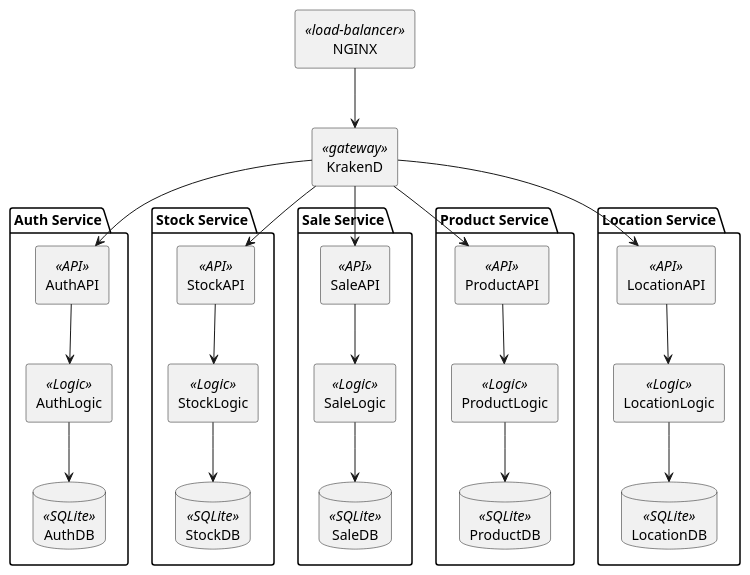
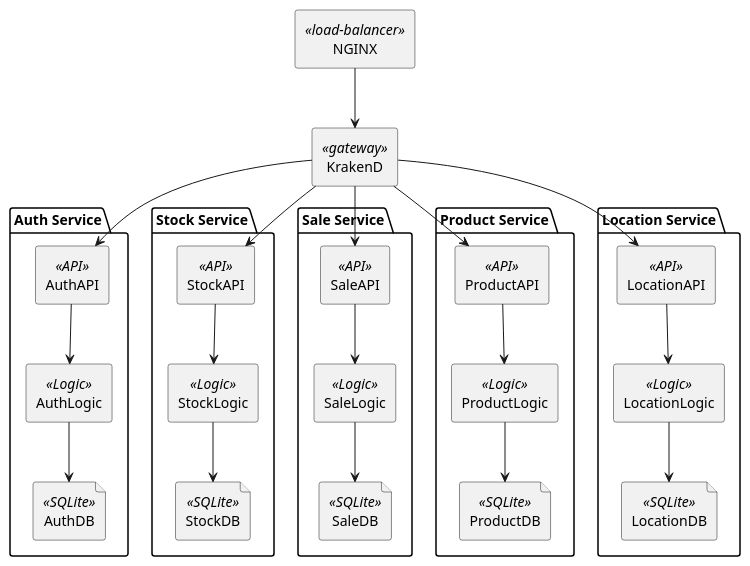
Before and after one commit to LawrenceLiang02/LOG430_ETAPE1: the diagram in docs/UML/lab5/architecture.puml, drawn with PlantUML. The commit also changed 6 other files, not shown here.

```diff
--- a/docs/UML/lab5/architecture.puml
+++ b/docs/UML/lab5/architecture.puml
@@ -1,60 +1,60 @@
 @startuml architecture
 skinparam componentStyle rectangle
 skinparam shadowing false
 
 [NGINX] <<load-balancer>>
 [KrakenD] <<gateway>>
 
 [NGINX] --> [KrakenD]
 
 package "Auth Service" {
     component AuthAPI <<API>>
     component AuthLogic <<Logic>>
-    database AuthDB <<SQLite>>
+    file AuthDB <<SQLite>>
 
     AuthAPI --> AuthLogic
     AuthLogic --> AuthDB
     [KrakenD] --> AuthAPI
 }
 
 package "Stock Service" {
     component StockAPI <<API>>
     component StockLogic <<Logic>>
-    database StockDB <<SQLite>>
+    file StockDB <<SQLite>>
 
     StockAPI --> StockLogic
     StockLogic --> StockDB
     [KrakenD] --> StockAPI
 }
 
 package "Sale Service" {
     component SaleAPI <<API>>
     component SaleLogic <<Logic>>
-    database SaleDB <<SQLite>>
+    file SaleDB <<SQLite>>
 
     SaleAPI --> SaleLogic
     SaleLogic --> SaleDB
     [KrakenD] --> SaleAPI
 }
 
 package "Product Service" {
     component ProductAPI <<API>>
     component ProductLogic <<Logic>>
-    database ProductDB <<SQLite>>
+    file ProductDB <<SQLite>>
 
     ProductAPI --> ProductLogic
     ProductLogic --> ProductDB
     [KrakenD] --> ProductAPI
 }
 
 package "Location Service" {
     component LocationAPI <<API>>
     component LocationLogic <<Logic>>
-    database LocationDB <<SQLite>>
+    file LocationDB <<SQLite>>
 
     LocationAPI --> LocationLogic
     LocationLogic --> LocationDB
     [KrakenD] --> LocationAPI
 }
 
 @enduml
```
